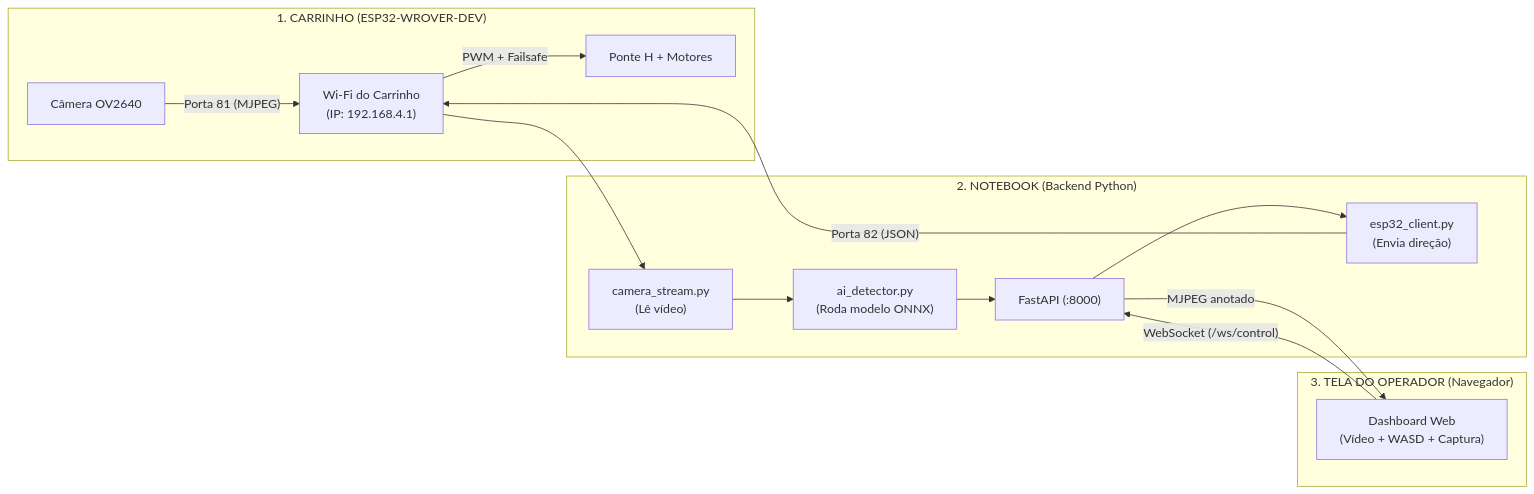
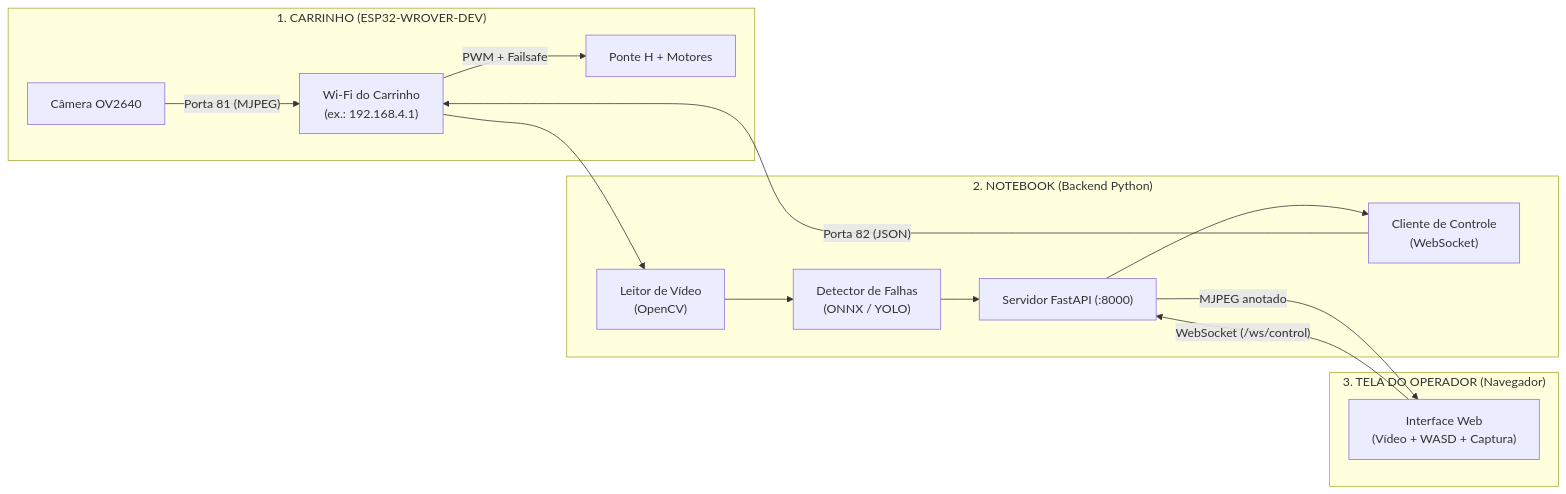
Before and after one commit to mateus2911/esp32-rover-pavimento: the diagram in docs/PLANO_IMPLEMENTACAO.md, drawn with Mermaid. The commit also changed other lines of this file and 19 other files, not shown here.

````diff
--- a/docs/PLANO_IMPLEMENTACAO.md
+++ b/docs/PLANO_IMPLEMENTACAO.md
@@ -23,22 +23,22 @@
 ```mermaid
 flowchart LR
     subgraph Carrinho["1. CARRINHO (ESP32-WROVER-DEV)"]
         CAM["Câmera OV2640"]
-        WIFI["Wi-Fi do Carrinho<br/>(IP: 192.168.4.1)"]
+        WIFI["Wi-Fi do Carrinho<br/>(ex.: 192.168.4.1)"]
         MOT["Ponte H + Motores"]
     end
 
     subgraph Notebook["2. NOTEBOOK (Backend Python)"]
-        STREAM["camera_stream.py<br/>(Lê vídeo)"]
-        IA["ai_detector.py<br/>(Roda modelo ONNX)"]
-        BRIDGE["esp32_client.py<br/>(Envia direção)"]
-        API["FastAPI (:8000)"]
+        STREAM["Leitor de Vídeo<br/>(OpenCV)"]
+        IA["Detector de Falhas<br/>(ONNX / YOLO)"]
+        BRIDGE["Cliente de Controle<br/>(WebSocket)"]
+        API["Servidor FastAPI (:8000)"]
     end
 
     subgraph Tela["3. TELA DO OPERADOR (Navegador)"]
-        UI["Dashboard Web<br/>(Vídeo + WASD + Captura)"]
+        UI["Interface Web<br/>(Vídeo + WASD + Captura)"]
     end
 
     CAM -->|"Porta 81 (MJPEG)"| WIFI --> STREAM --> IA --> API -->|"MJPEG anotado"| UI
     UI -->|"WebSocket (/ws/control)"| API --> BRIDGE -->|"Porta 82 (JSON)"| WIFI -->|"PWM + Failsafe"| MOT
 ```
````
